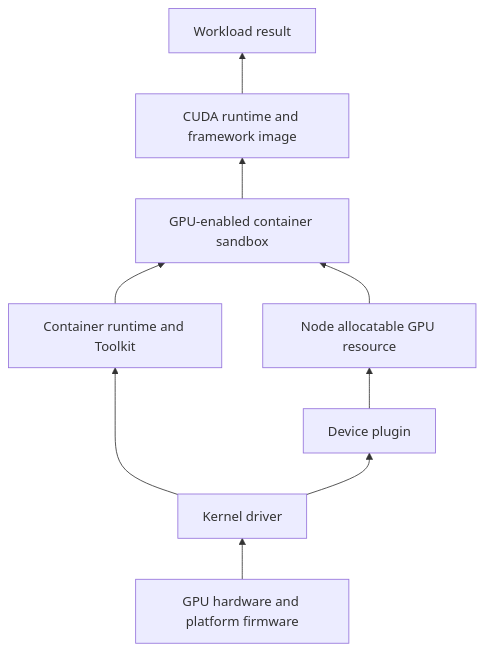
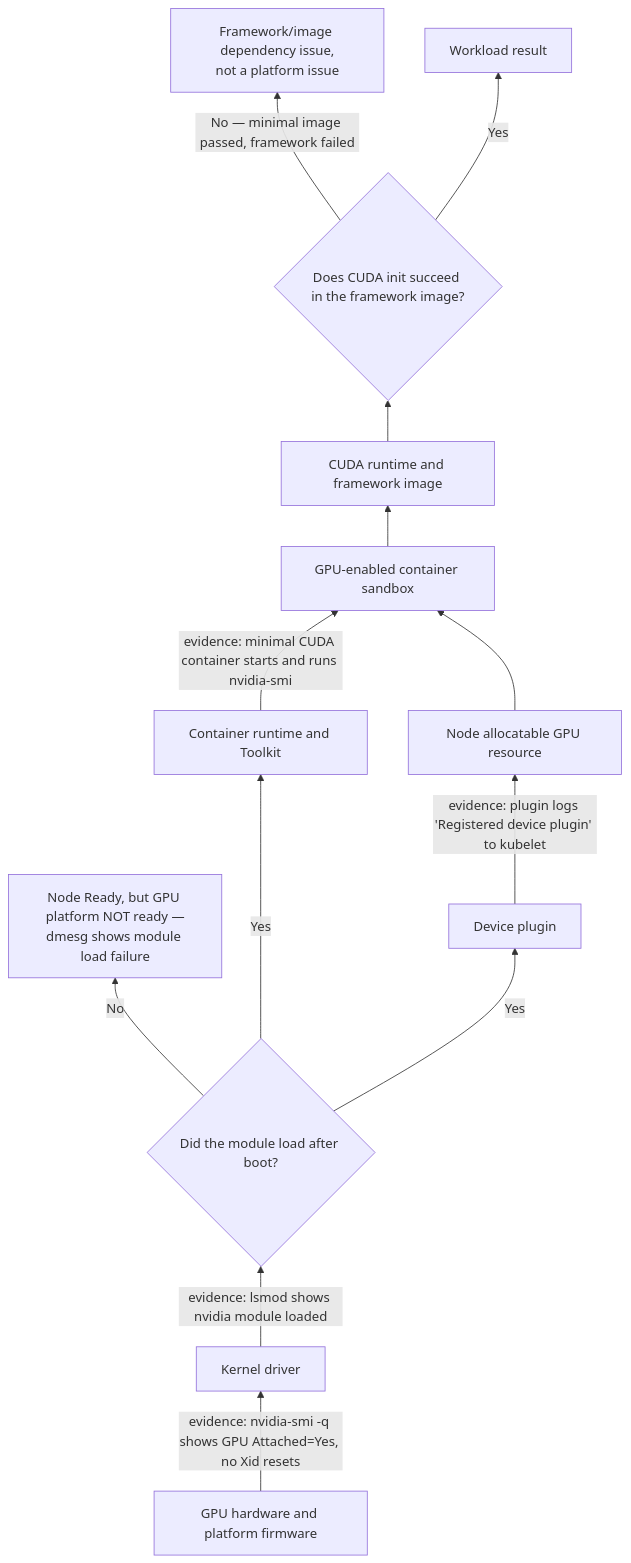
Before and after one commit to jithinpnjm/nvidia-devops: the first of 2 diagrams in docs/nvidia-zero-to-hero/volume-10/chapter-02-gpu-software-lifecycle-in-kubernetes.md, drawn with Mermaid. The commit also changed other lines of this file and 10 other files, not shown here.

````diff
--- a/docs/nvidia-zero-to-hero/volume-10/chapter-02-gpu-software-lifecycle-in-kubernetes.md
+++ b/docs/nvidia-zero-to-hero/volume-10/chapter-02-gpu-software-lifecycle-in-kubernetes.md
@@ -26,11 +26,15 @@
 ```mermaid
 flowchart BT
-    HW[GPU hardware and platform firmware] --> Driver[Kernel driver]
-    Driver --> Runtime[Container runtime and Toolkit]
-    Driver --> Plugin[Device plugin]
-    Plugin --> Resource[Node allocatable GPU resource]
-    Runtime --> Sandbox[GPU-enabled container sandbox]
+    HW[GPU hardware and platform firmware] -->|"evidence: nvidia-smi -q shows GPU Attached=Yes, no Xid resets"| Driver[Kernel driver]
+    Driver -->|"evidence: lsmod shows nvidia module loaded"| Loaded{"Did the module load after boot?"}
+    Loaded -->|"No"| DriverFail["Node Ready, but GPU platform NOT ready —\ndmesg shows module load failure"]
+    Loaded -->|"Yes"| Runtime[Container runtime and Toolkit]
+    Loaded -->|"Yes"| Plugin[Device plugin]
+    Plugin -->|"evidence: plugin logs 'Registered device plugin' to kubelet"| Resource[Node allocatable GPU resource]
+    Runtime -->|"evidence: minimal CUDA container starts and runs nvidia-smi"| Sandbox[GPU-enabled container sandbox]
     Resource --> Sandbox
     Sandbox --> CUDA[CUDA runtime and framework image]
-    CUDA --> Workload[Workload result]
+    CUDA --> Init{"Does CUDA init succeed in the framework image?"}
+    Init -->|"No — minimal image passed, framework failed"| AppFail["Framework/image dependency issue,\nnot a platform issue"]
+    Init -->|"Yes"| Workload[Workload result]
 ```
````
